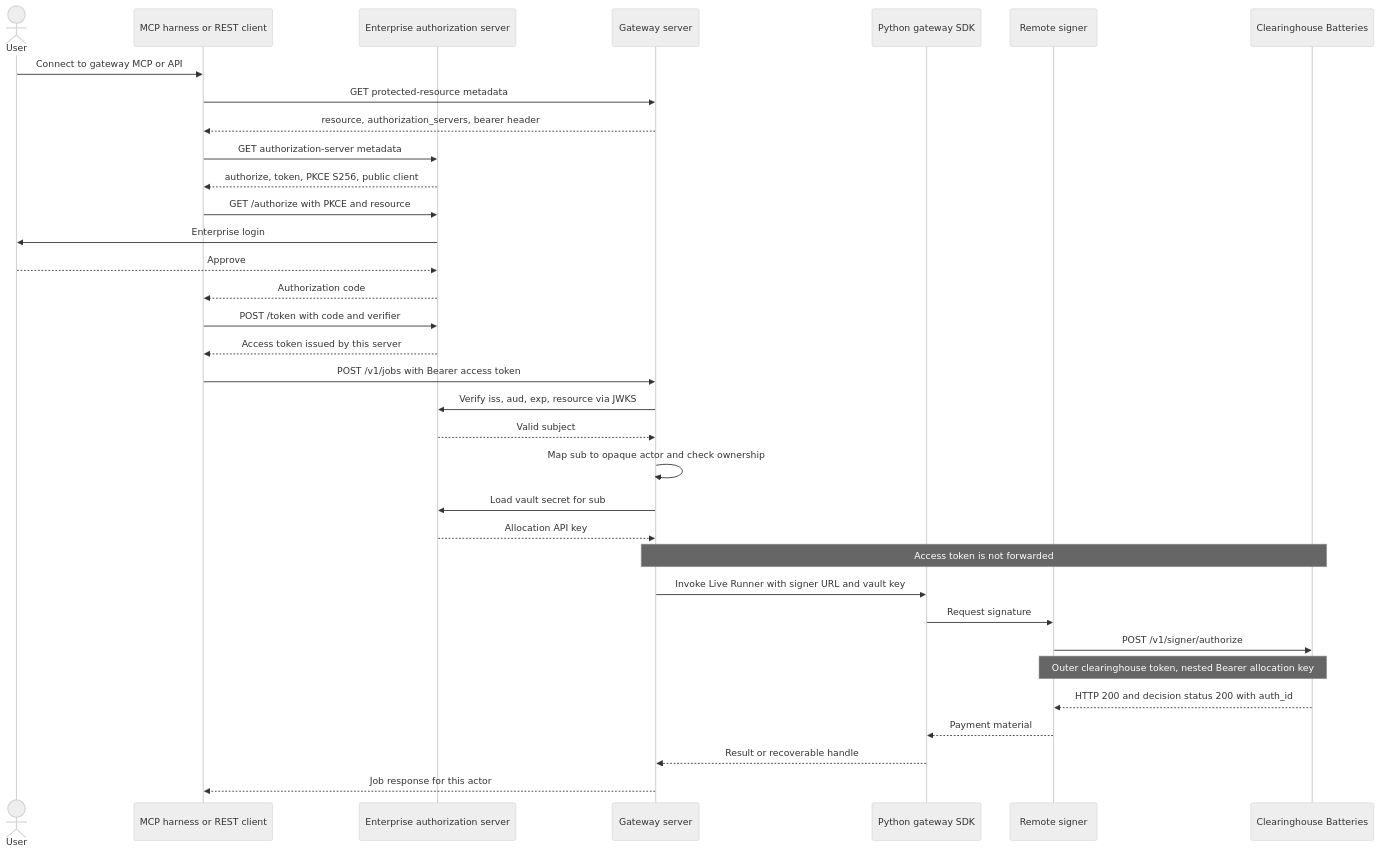
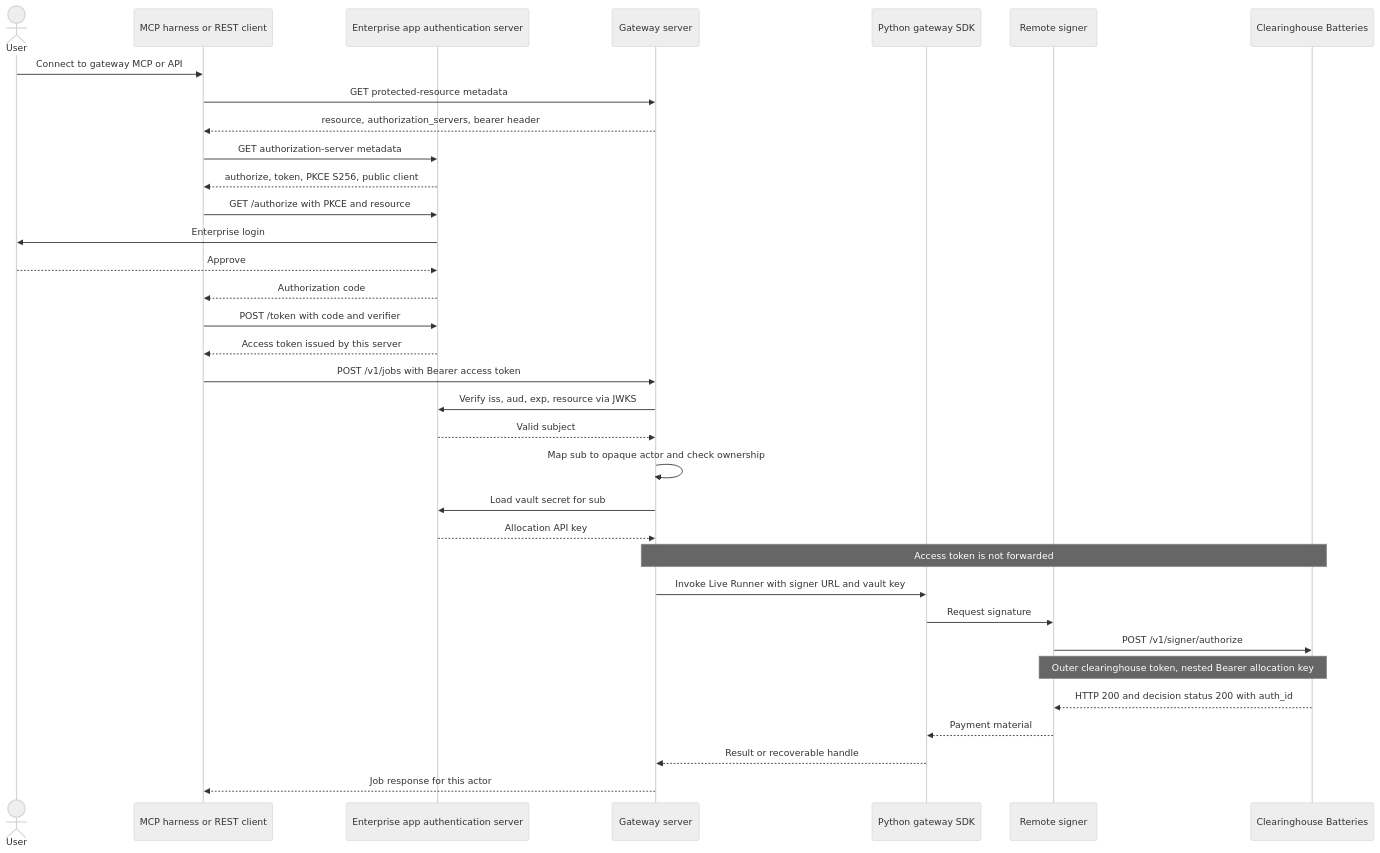
The diagram in docs/design-docs/enterprise-authorization-server.md (eliteprox/Network-Engineering-SPE), drawn with Mermaid (neutral theme) before and after one commit. The commit also changed other lines of this file and 5 other files, not shown here.

First line of the commit message:
Update documentation to specify enterprise app's authentication server

````diff
--- a/docs/design-docs/enterprise-authorization-server.md
+++ b/docs/design-docs/enterprise-authorization-server.md
@@ -48,37 +48,37 @@
 ```mermaid
 sequenceDiagram
     actor User
     participant Harness as MCP harness or REST client
-    participant AS as Enterprise authorization server
+    participant AS as Enterprise app authentication server
     participant GW as Gateway server
     participant SDK as Python gateway SDK
     participant Signer as Remote signer
     participant CH as Clearinghouse Batteries
 
     User->>Harness: Connect to gateway MCP or API
     Harness->>GW: GET protected-resource metadata
     GW-->>Harness: resource, authorization_servers, bearer header
     Harness->>AS: GET authorization-server metadata
     AS-->>Harness: authorize, token, PKCE S256, public client
     Harness->>AS: GET /authorize with PKCE and resource
     AS->>User: Enterprise login
     User-->>AS: Approve
     AS-->>Harness: Authorization code
     Harness->>AS: POST /token with code and verifier
     AS-->>Harness: Access token issued by this server
     Harness->>GW: POST /v1/jobs with Bearer access token
     GW->>AS: Verify iss, aud, exp, resource via JWKS
     AS-->>GW: Valid subject
     GW->>GW: Map sub to opaque actor and check ownership
     GW->>AS: Load vault secret for sub
     AS-->>GW: Allocation API key
     Note over GW,CH: Access token is not forwarded
     GW->>SDK: Invoke Live Runner with signer URL and vault key
     SDK->>Signer: Request signature
     Signer->>CH: POST /v1/signer/authorize
     Note over Signer,CH: Outer clearinghouse token, nested Bearer allocation key
     CH-->>Signer: HTTP 200 and decision status 200 with auth_id
     Signer-->>SDK: Payment material
     SDK-->>GW: Result or recoverable handle
     GW-->>Harness: Job response for this actor
 ```
````
